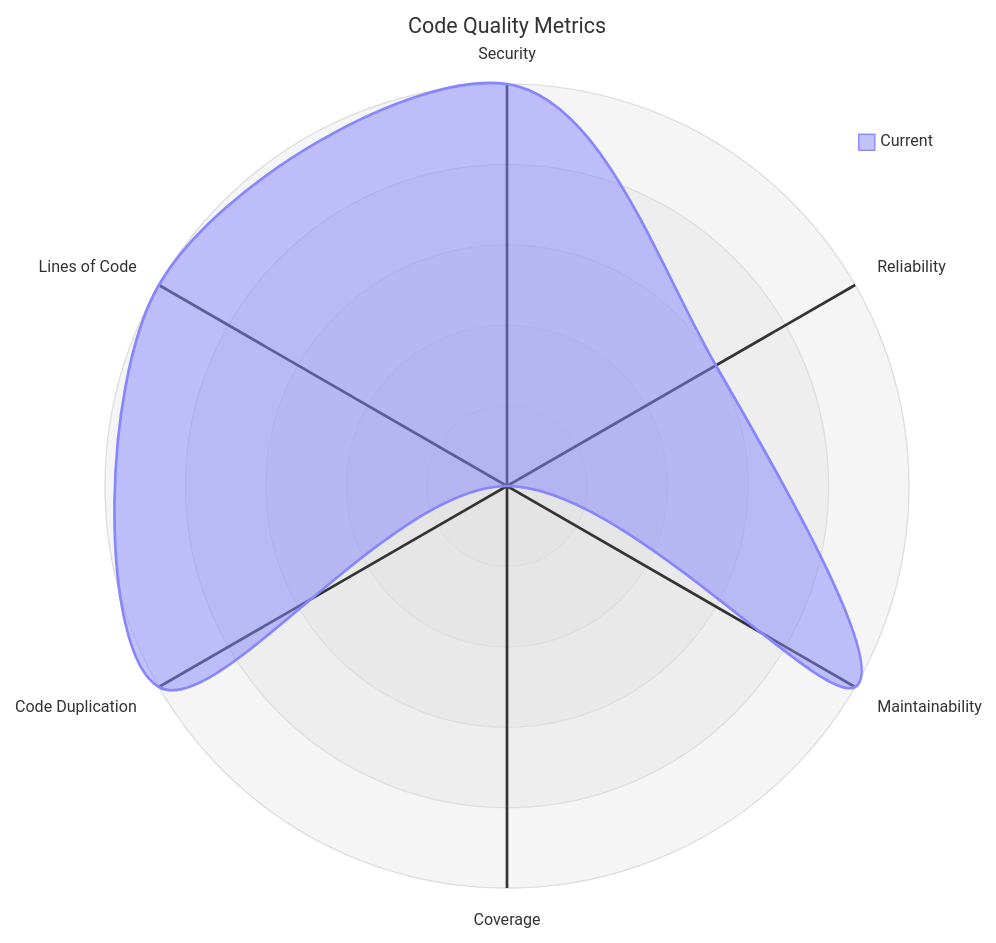
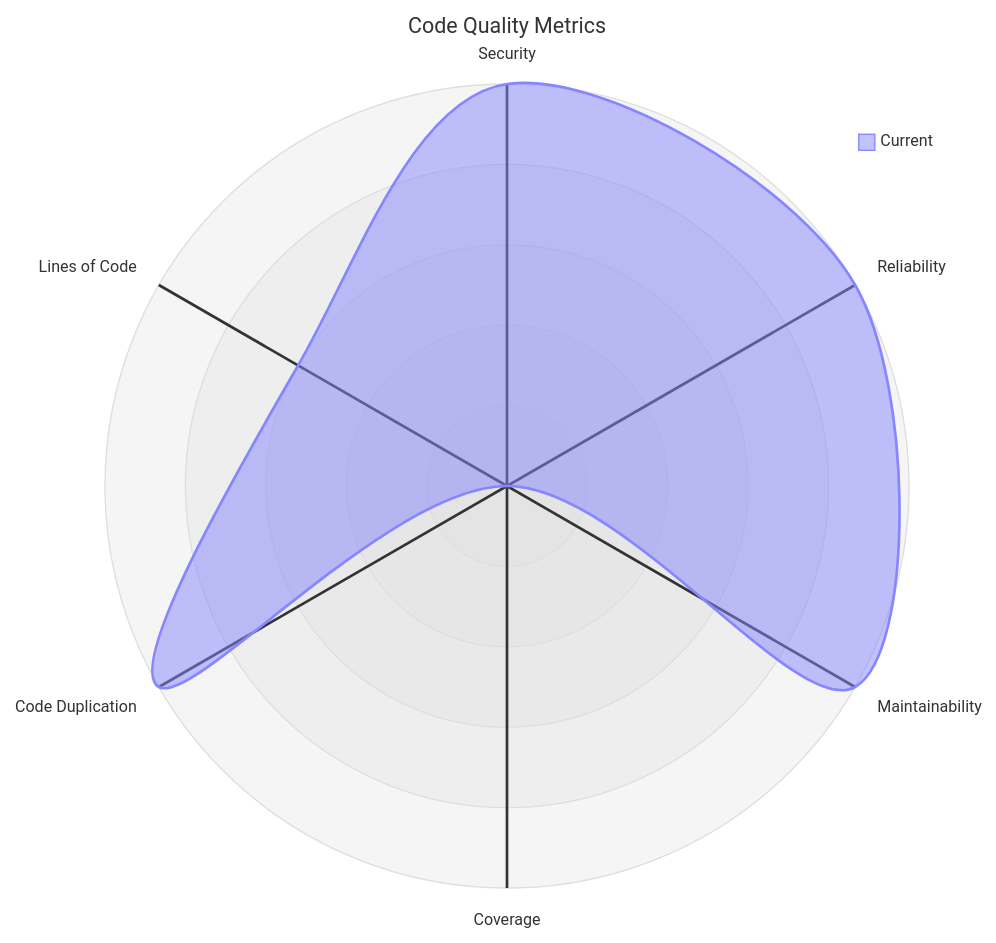
The diagram in codequality/report.md (merlinbecker/CodexMiroir), drawn with Mermaid before and after one commit. The commit also changed other lines of this file, not shown here.

````diff
--- a/codequality/report.md
+++ b/codequality/report.md
@@ -3,11 +3,11 @@
 ```mermaid
 ---
 title: "Code Quality Metrics"
 ---
 radar-beta
   axis s["Security"], r["Reliability"], m["Maintainability"]
   axis c["Coverage"], d["Code Duplication"], l["Lines of Code"]
-  curve current["Current"]{5, 3, 5, 0, 5, 5}
+  curve current["Current"]{5, 5, 5, 0, 5, 3}
   max 5
   min 0
 ```
````
